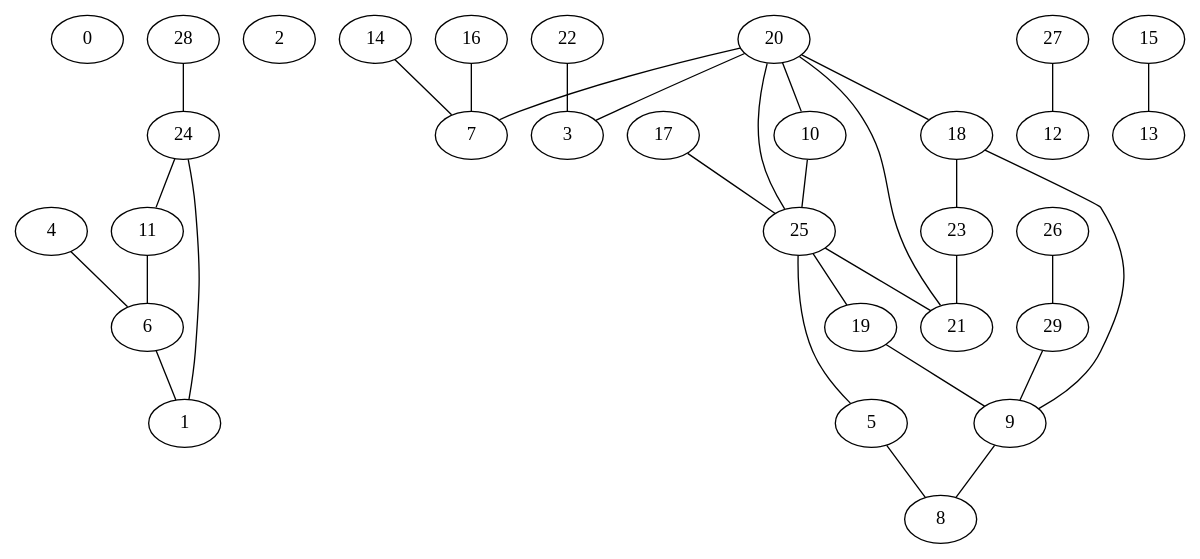
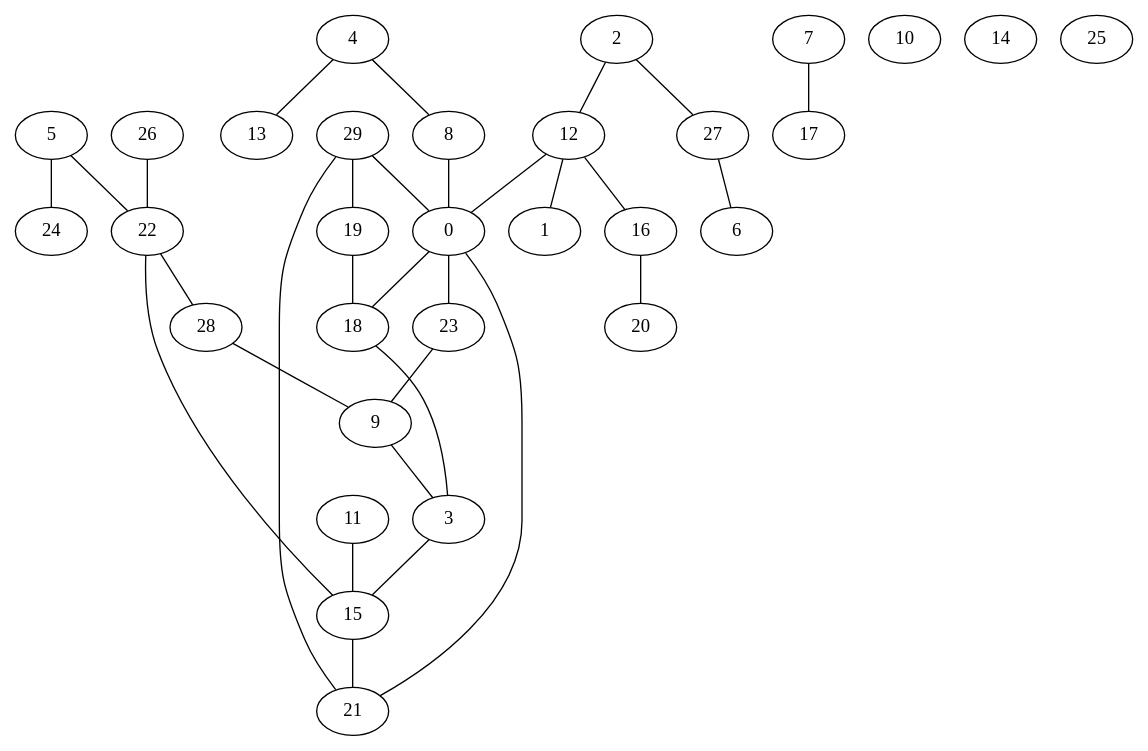
One commit to ablarry/pygraph changed the diagram in images/gv/Erdos_30.gv. Above: the diagram before and after it, drawn with Graphviz. The commit also changed 19 other files, not shown here.

```diff
--- a/images/gv/Erdos_30.gv
+++ b/images/gv/Erdos_30.gv
@@ -1,62 +1,62 @@
 graph {
 	0 [label=0]
 	1 [label=1]
 	2 [label=2]
 	3 [label=3]
 	4 [label=4]
 	5 [label=5]
 	6 [label=6]
 	7 [label=7]
 	8 [label=8]
 	9 [label=9]
 	10 [label=10]
 	11 [label=11]
 	12 [label=12]
 	13 [label=13]
 	14 [label=14]
 	15 [label=15]
 	16 [label=16]
 	17 [label=17]
 	18 [label=18]
 	19 [label=19]
 	20 [label=20]
 	21 [label=21]
 	22 [label=22]
 	23 [label=23]
 	24 [label=24]
 	25 [label=25]
 	26 [label=26]
 	27 [label=27]
 	28 [label=28]
 	29 [label=29]
-	25 -- 5
-	19 -- 9
-	25 -- 21
-	20 -- 3
-	21 -- 20
-	4 -- 6
-	11 -- 6
-	27 -- 12
-	15 -- 13
-	22 -- 3
-	24 -- 1
-	20 -- 7
-	6 -- 1
-	5 -- 8
-	17 -- 25
-	23 -- 21
-	29 -- 9
-	20 -- 18
-	14 -- 7
-	16 -- 7
-	20 -- 10
-	25 -- 19
-	20 -- 25
-	9 -- 8
-	28 -- 24
-	18 -- 23
-	18 -- 9
-	10 -- 25
-	24 -- 11
-	26 -- 29
+	28 -- 9
+	0 -- 21
+	5 -- 22
+	2 -- 27
+	12 -- 16
+	18 -- 3
+	2 -- 12
+	22 -- 15
+	4 -- 8
+	27 -- 6
+	19 -- 18
+	0 -- 18
+	12 -- 1
+	7 -- 17
+	4 -- 13
+	26 -- 22
+	12 -- 0
+	23 -- 9
+	0 -- 23
+	3 -- 15
+	8 -- 0
+	29 -- 19
+	29 -- 21
+	29 -- 0
+	22 -- 28
+	11 -- 15
+	9 -- 3
+	5 -- 24
+	16 -- 20
+	15 -- 21
 }
```
